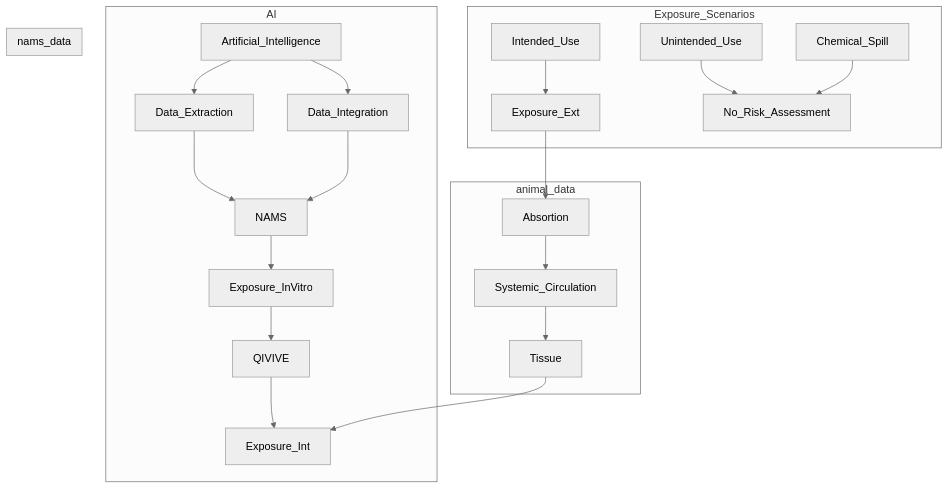
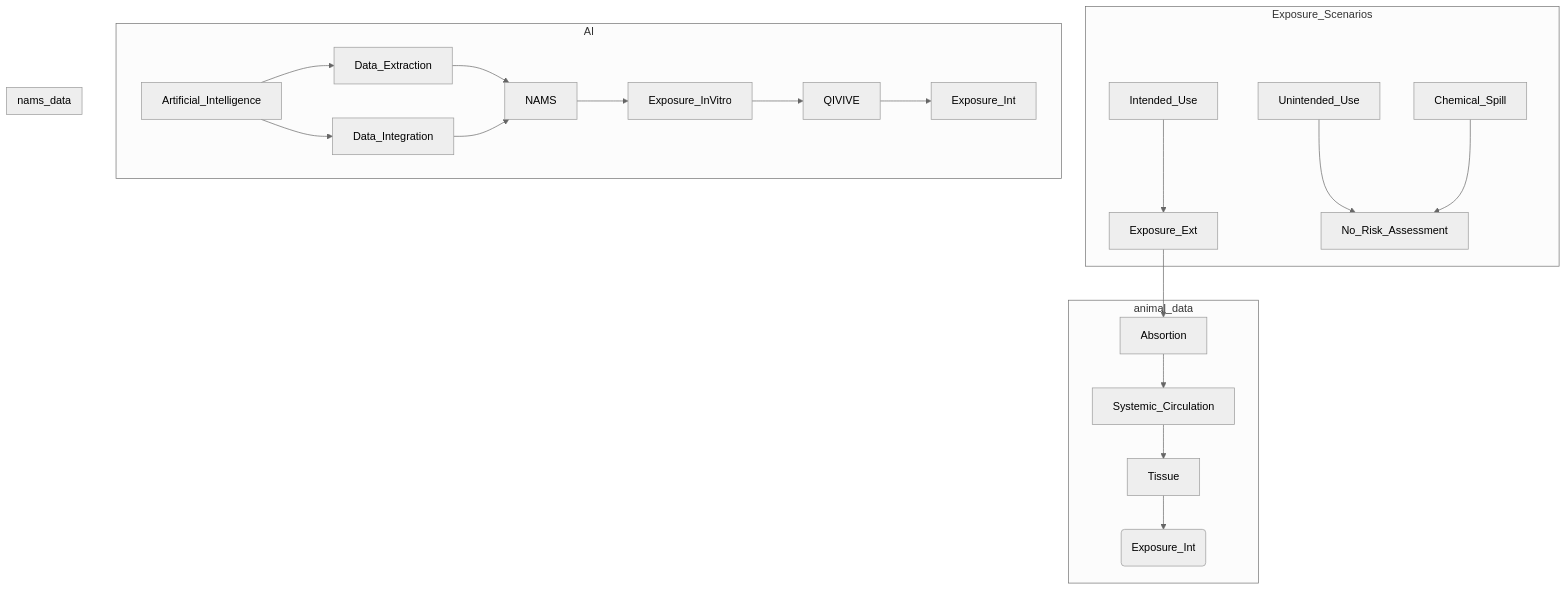
Before and after one commit to ontox-hu/workflows: the diagram in ProbRA.md, drawn with Mermaid (neutral theme).

````diff
--- a/ProbRA.md
+++ b/ProbRA.md
@@ -2,47 +2,47 @@
 ```mermaid
 flowchart TD
 
 
   subgraph Exposure_Scenarios
   
   Intended_Use-->Exposure_Ext
   Unintended_Use-->No_Risk_Assessment
   Chemical_Spill-->No_Risk_Assessment
   
   end
 
   %%%%%%%%%%%%%%%%%%%%%%%%%%%%%%%%%%%%%%%%%%%%%%%%%%%
 
   subgraph AI
 
   Artificial_Intelligence-->Data_Extraction
   Data_Extraction-->NAMS
   Artificial_Intelligence-->Data_Integration
   Data_Integration-->NAMS
   Exposure_InVitro-->QIVIVE
   QIVIVE-->Exposure_Int
   
   end
   
   %%%%%%%%%%%%%%%%%%%%%%%%%%%%%%%%%%%%%%%%%%%%%%%%%
   
   subgraph animal_data
   
   Exposure_Ext-->Absortion
   Absortion-->Systemic_Circulation
   Systemic_Circulation-->Tissue
-  Tissue-->Exposure_Int
+  Tissue-->Exposure_Int_/\_(Exposure_Int)
   
   end
   
   %%%%%%%%%%%%%%%%%%%%%%%%%%%%%%%%%%%%%%%%%%%%%%%%%%
   
   subgraph nams_data
   
   NAMS-->Exposure_InVitro
   
   end
   
   %%%%%%%%%%%%%%%%%%%%%%%%%%%%%%%%%%%%%%%%%%%%%%%%%%%
   
 ```
````
